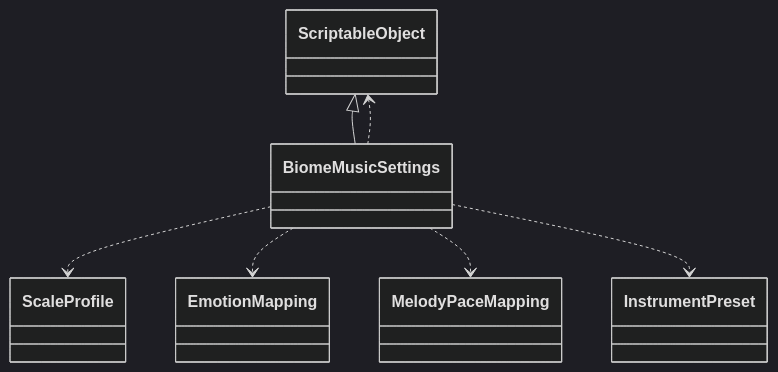
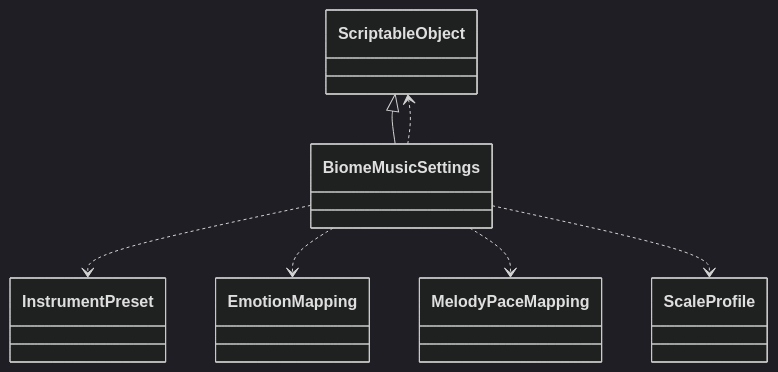
One commit to schnock-art/project_inspector changed diagram 12 of 39 in test/test.md. Above: the diagram before and after it, drawn with Mermaid (dark theme). The commit also changed other lines of this file and 1 other file, not shown here.

Commit message:
Removed empty mermaid

````diff
--- a/test/test.md
+++ b/test/test.md
@@ -320,9 +320,9 @@
 ```mermaid
 classDiagram
 ScriptableObject <|-- BiomeMusicSettings
+BiomeMusicSettings ..> InstrumentPreset
+BiomeMusicSettings ..> EmotionMapping
+BiomeMusicSettings ..> MelodyPaceMapping
 BiomeMusicSettings ..> ScriptableObject
 BiomeMusicSettings ..> ScaleProfile
-BiomeMusicSettings ..> EmotionMapping
-BiomeMusicSettings ..> MelodyPaceMapping
-BiomeMusicSettings ..> InstrumentPreset
 ```
````
